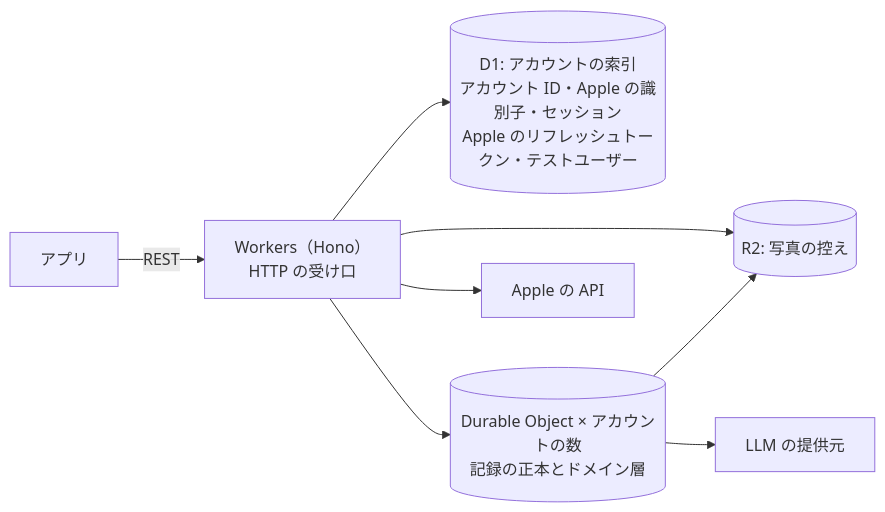
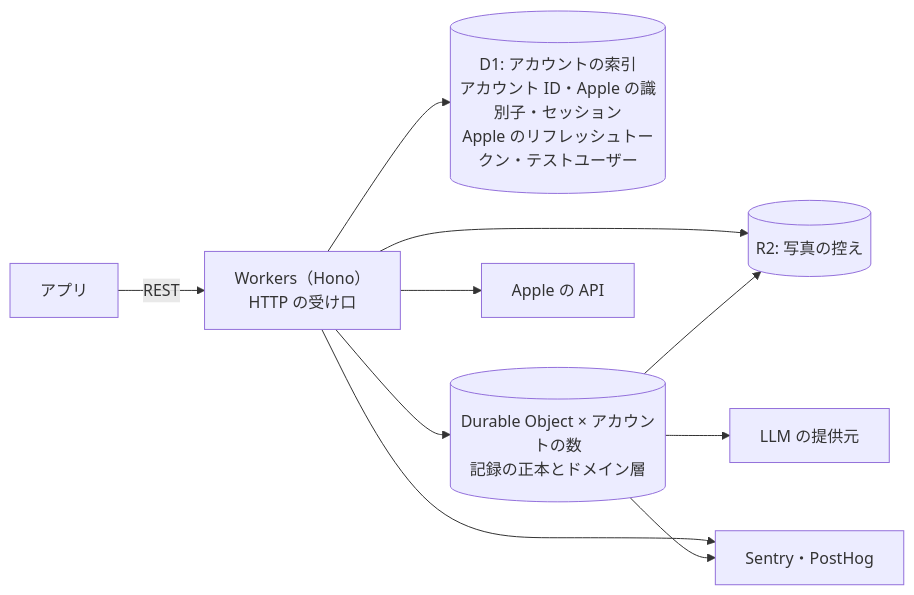
One commit to gn-t-k/nu-tori changed the first of 2 diagrams in server/AGENTS.md. Above: the diagram before and after it, drawn with Mermaid. The commit also changed other lines of this file and 3 other files, not shown here.

````diff
--- a/server/AGENTS.md
+++ b/server/AGENTS.md
@@ -7,10 +7,12 @@
 ```mermaid
 flowchart LR
   App[アプリ] -- REST --> W[Workers（Hono）<br>HTTP の受け口]
   W --> D1[(D1: アカウントの索引<br>アカウント ID・Apple の識別子・セッション<br>Apple のリフレッシュトークン・テストユーザー)]
   W --> DO[(Durable Object × アカウントの数<br>記録の正本とドメイン層)]
   W --> Apple[Apple の API]
   W --> R2[(R2: 写真の控え)]
   DO --> R2
   DO --> LLM[LLM の提供元]
+  W --> Obs[Sentry・PostHog]
+  DO --> Obs
 ```
````
